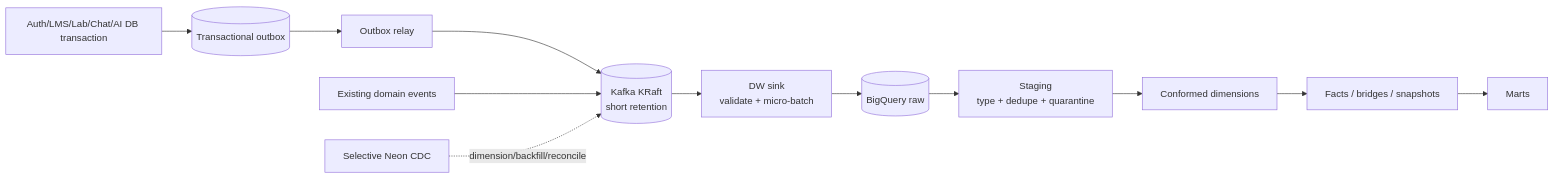
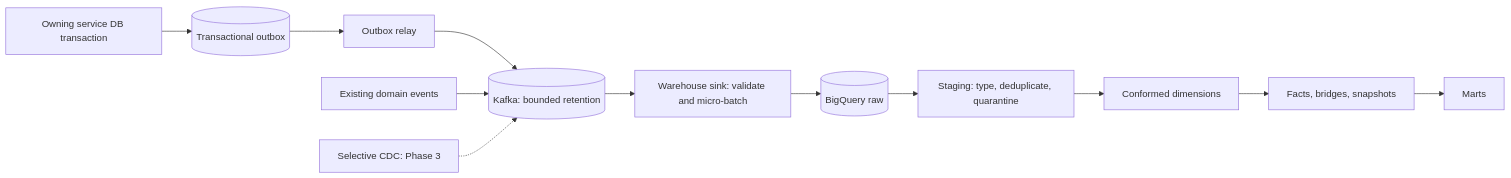
One commit to Big-Data-Club/BDCHub---DataWarehouse changed the diagram in docs/02-etl-cdc-pipeline.md. Above: the diagram before and after it, drawn with Mermaid. The commit also changed other lines of this file and 33 other files, not shown here.

Commit message:
feat: run LMS warehouse batches with keyless auth and durable recovery

````diff
--- a/docs/02-etl-cdc-pipeline.md
+++ b/docs/02-etl-cdc-pipeline.md
@@ -11,14 +22,14 @@
 ```mermaid
 flowchart LR
-  A[Auth/LMS/Lab/Chat/AI DB transaction] --> O[(Transactional outbox)]
+  A[Owning service DB transaction] --> O[(Transactional outbox)]
   O --> R[Outbox relay]
-  R --> K[(Kafka KRaft\nshort retention)]
+  R --> K[(Kafka: bounded retention)]
   E[Existing domain events] --> K
-  K --> S[DW sink\nvalidate + micro-batch]
+  K --> S[Warehouse sink: validate and micro-batch]
   S --> Q[(BigQuery raw)]
-  Q --> T[Staging\ntype + dedupe + quarantine]
+  Q --> T[Staging: type, deduplicate, quarantine]
   T --> D[Conformed dimensions]
-  D --> F[Facts / bridges / snapshots]
+  D --> F[Facts, bridges, snapshots]
   F --> M[Marts]
-  C[Selective Neon CDC] -. dimension/backfill/reconcile .-> K
+  C[Selective CDC: Phase 3] -.-> K
 ```
````
